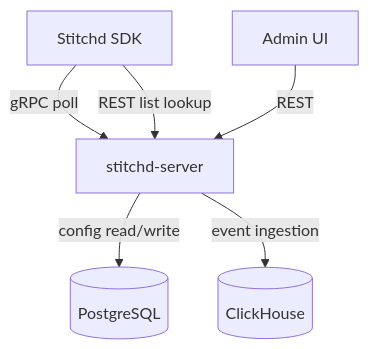
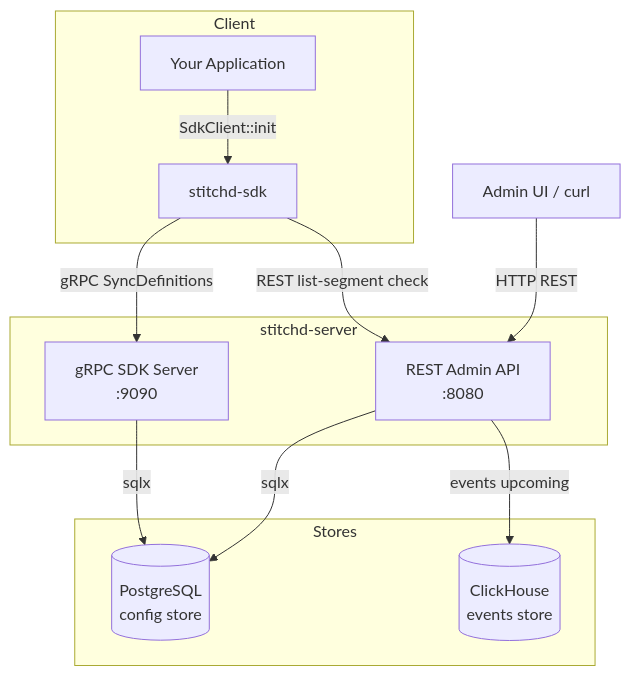
The diagram in docs/src/architecture/README.md (stitchd-dev/feature-flag), drawn with Mermaid before and after one commit. The commit also changed other lines of this file and 13 other files, not shown here.

First line of the commit message:
docs(deployment,architecture,ci): write Phase 5 chapters and add docs-build CI job

````diff
--- a/docs/src/architecture/README.md
+++ b/docs/src/architecture/README.md
@@ -5,8 +8,25 @@
 ```mermaid
 graph TB
-    SDK[Stitchd SDK] -->|gRPC poll| Server[stitchd-server]
-    SDK -->|REST list lookup| Server
-    AdminUI[Admin UI] -->|REST| Server
-    Server -->|config read/write| PG[(PostgreSQL)]
-    Server -->|event ingestion| CH[(ClickHouse)]
+    subgraph Client
+        App[Your Application]
+        SDK[stitchd-sdk]
+    end
+
+    subgraph Server["stitchd-server"]
+        REST[REST Admin API\n:8080]
+        GRPC[gRPC SDK Server\n:9090]
+    end
+
+    subgraph Stores
+        PG[(PostgreSQL\nconfig store)]
+        CH[(ClickHouse\nevents store)]
+    end
+
+    AdminUI[Admin UI / curl] -->|HTTP REST| REST
+    App -->|SdkClient::init| SDK
+    SDK -->|gRPC SyncDefinitions| GRPC
+    SDK -->|REST list-segment check| REST
+    REST -->|sqlx| PG
+    GRPC -->|sqlx| PG
+    REST -->|events upcoming| CH
 ```
````
